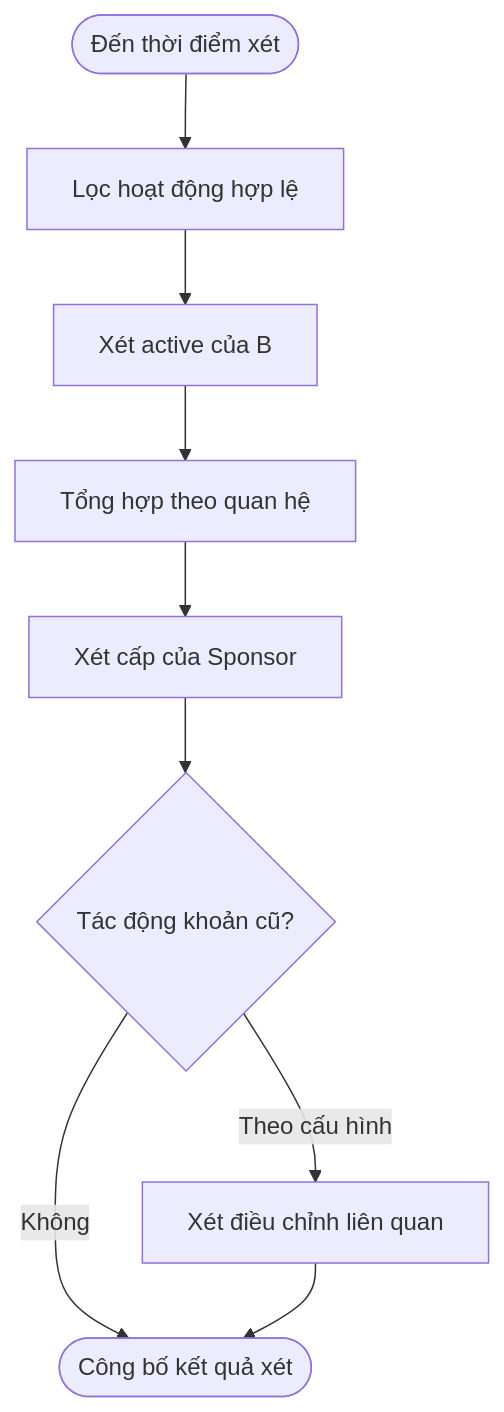
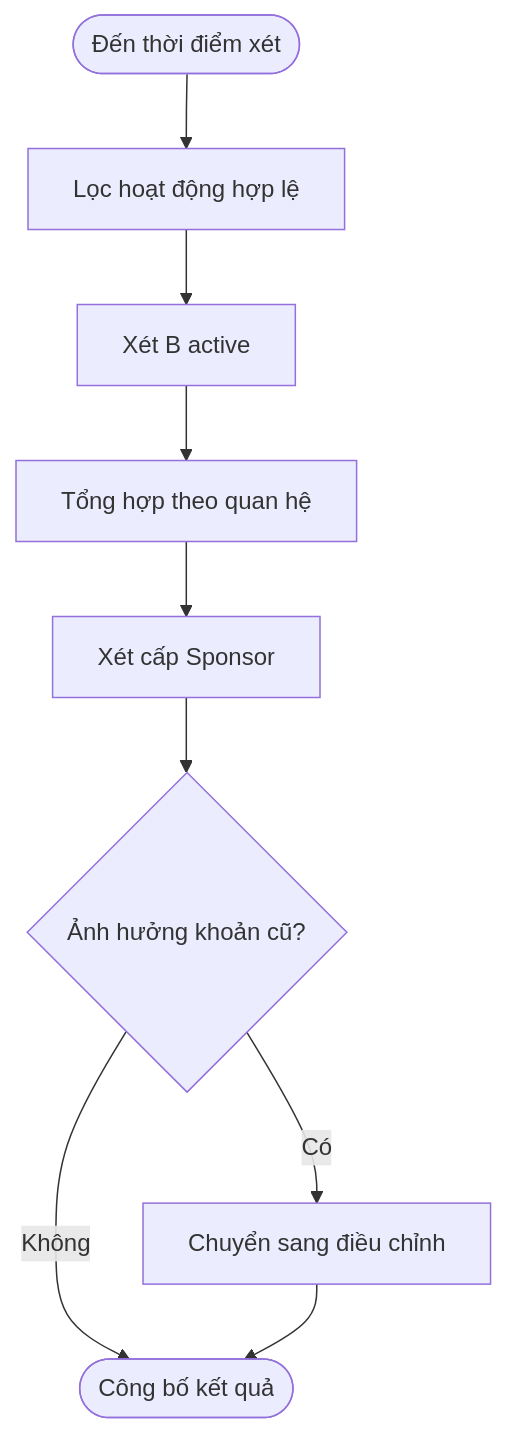
Before and after one commit to vlink-group/VlinkPay: the third of 10 diagrams in nexora/docs/business/oneqr-sponsor-override.md, drawn with Mermaid. The commit also changed other lines of this file, not shown here.

````diff
--- a/nexora/docs/business/oneqr-sponsor-override.md
+++ b/nexora/docs/business/oneqr-sponsor-override.md
@@ -169,11 +198,11 @@
 ```mermaid
 flowchart TD
     A([Đến thời điểm xét]) --> B[Lọc hoạt động hợp lệ]
-    B --> C[Xét active của B]
+    B --> C[Xét B active]
     C --> D[Tổng hợp theo quan hệ]
-    D --> E[Xét cấp của Sponsor]
-    E --> F{Tác động khoản cũ?}
-    F -- Theo cấu hình --> G[Xét điều chỉnh liên quan]
-    F -- Không --> H([Công bố kết quả xét])
+    D --> E[Xét cấp Sponsor]
+    E --> F{Ảnh hưởng khoản cũ?}
+    F -- Có --> G[Chuyển sang điều chỉnh]
+    F -- Không --> H([Công bố kết quả])
     G --> H
 ```
````
